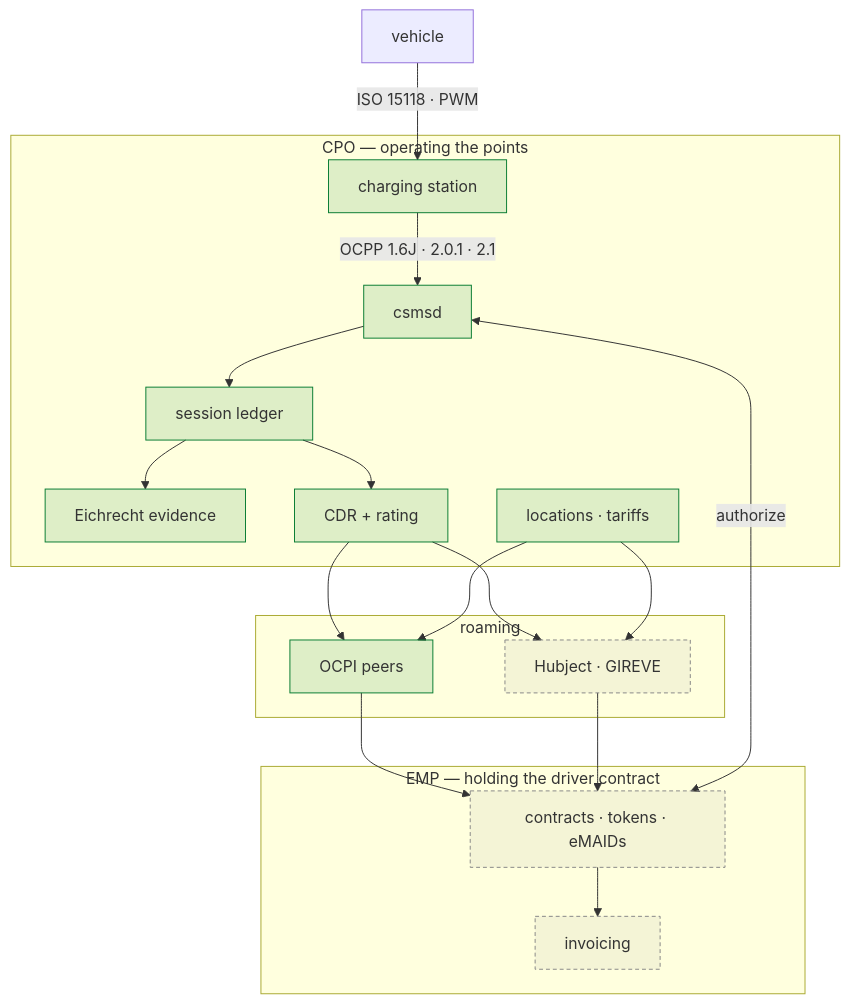
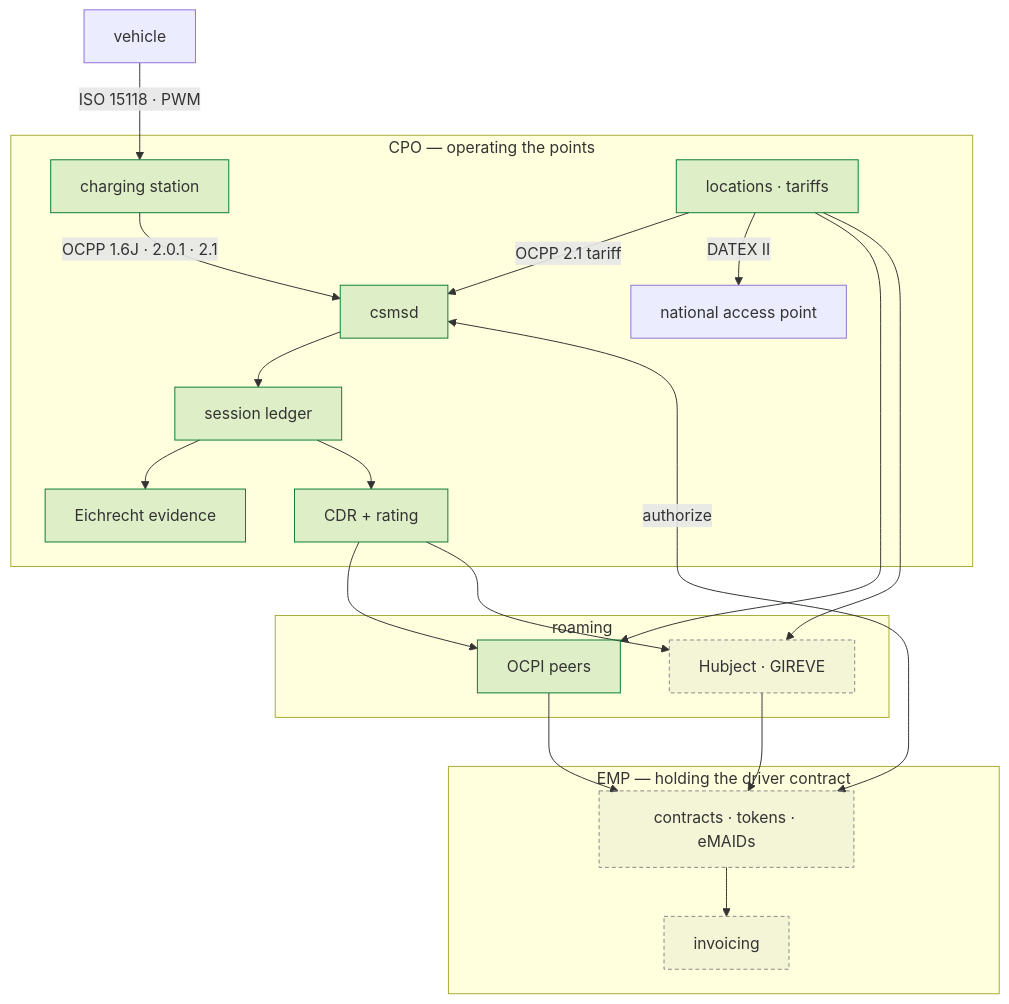
One commit to hupe1980/emob changed the diagram in site/content/docs/architecture.md. Above: the diagram before and after it, drawn with Mermaid. The commit also changed other lines of this file and 102 other files, not shown here.

````diff
--- a/site/content/docs/architecture.md
+++ b/site/content/docs/architecture.md
@@ -17,33 +20,35 @@
 ```mermaid
 flowchart TB
     EV["vehicle"] -->|"ISO 15118 · PWM"| CS["charging station"]
 
     subgraph cpo["CPO — operating the points"]
         CS -->|"OCPP 1.6J · 2.0.1 · 2.1"| CSMS["csmsd"]
         CSMS --> SES["session ledger"]
         SES --> EICH["Eichrecht evidence"]
         SES --> CDR["CDR + rating"]
         POI["locations · tariffs"]
+        POI -->|"OCPP 2.1 tariff"| CSMS
+        POI -->|"DATEX II"| NAP["national access point"]
     end
 
     subgraph roam["roaming"]
         P2P["OCPI peers"]
         HUB["Hubject · GIREVE"]
     end
 
     subgraph emp["EMP — holding the driver contract"]
         TOK["contracts · tokens · eMAIDs"]
         INV["invoicing"]
     end
 
     CDR --> P2P & HUB
     POI --> P2P & HUB
     P2P & HUB --> TOK
     TOK --> INV
     CSMS <-->|authorize| TOK
 
     classDef built fill:#0a7d3322,stroke:#0a7d33
     classDef planned fill:#88888818,stroke:#888,stroke-dasharray:4 3
     class CS,CSMS,SES,EICH,CDR,POI,P2P built
     class HUB,TOK,INV planned
 ```
````
